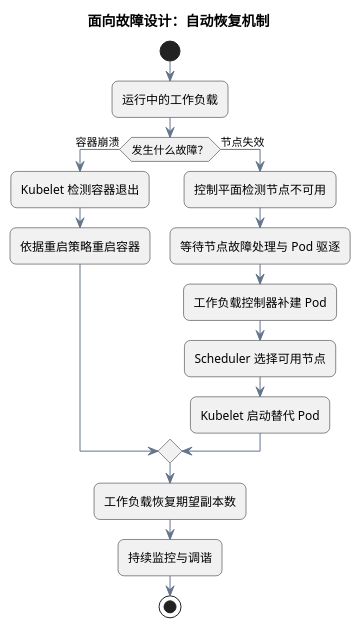
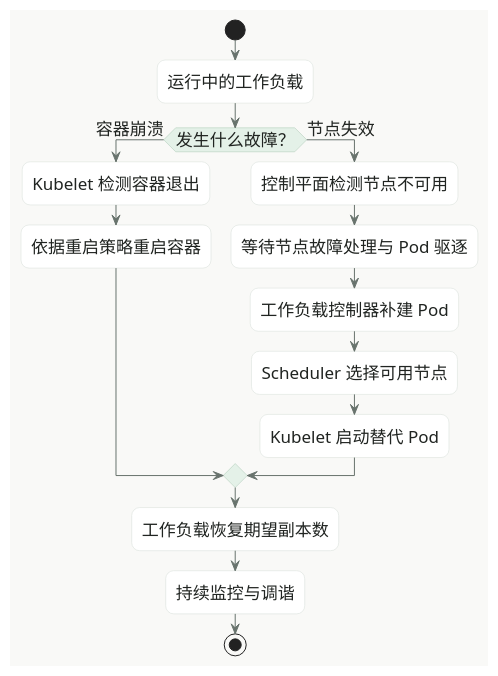
The fifth of 7 diagrams in src/content/posts/kubernetes-core-design-principles.md (i-zrhe2016/blog.zrhe2016.cc), drawn with PlantUML before and after one commit. The commit also changed other lines of this file, not shown here.

````diff
--- a/src/content/posts/kubernetes-core-design-principles.md
+++ b/src/content/posts/kubernetes-core-design-principles.md
@@ -139,25 +160,30 @@
 ```plantuml
 @startuml
-title 面向故障设计：自动恢复机制
-skinparam backgroundColor white
+skinparam backgroundColor #F9F9F7
 skinparam shadowing false
-skinparam roundcorner 12
+skinparam roundcorner 16
 skinparam defaultFontName Microsoft YaHei
-skinparam ArrowColor #64748B
+skinparam defaultFontSize 17
+skinparam defaultFontColor #202421
+skinparam ArrowColor #68736D
+skinparam activityBackgroundColor #FFFFFF
+skinparam activityBorderColor #D5DCD7
+skinparam activityDiamondBackgroundColor #E4F1E8
+skinparam activityDiamondBorderColor #A9C6B2
 start
 :运行中的工作负载;
 if (发生什么故障？) then (容器崩溃)
   :Kubelet 检测容器退出;
   :依据重启策略重启容器;
 else (节点失效)
   :控制平面检测节点不可用;
   :等待节点故障处理与 Pod 驱逐;
   :工作负载控制器补建 Pod;
   :Scheduler 选择可用节点;
   :Kubelet 启动替代 Pod;
 endif
 :工作负载恢复期望副本数;
 :持续监控与调谐;
 stop
 @enduml
 ```
````
